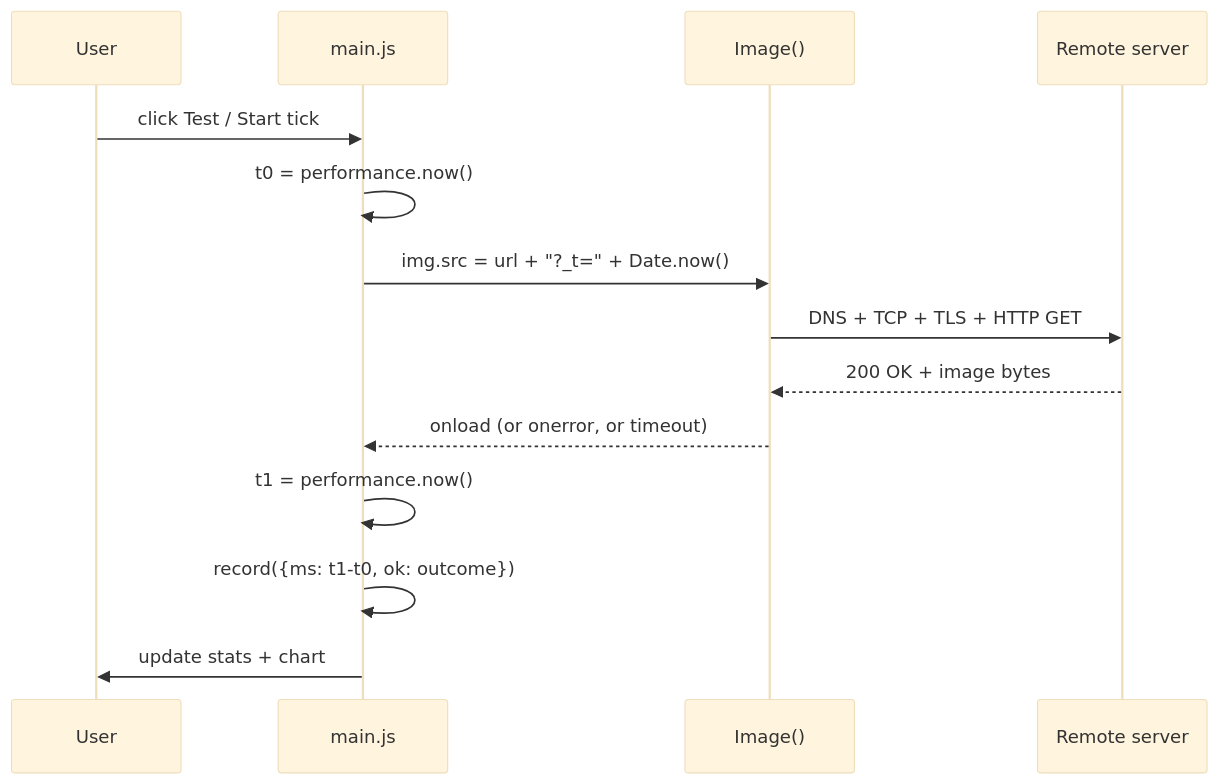
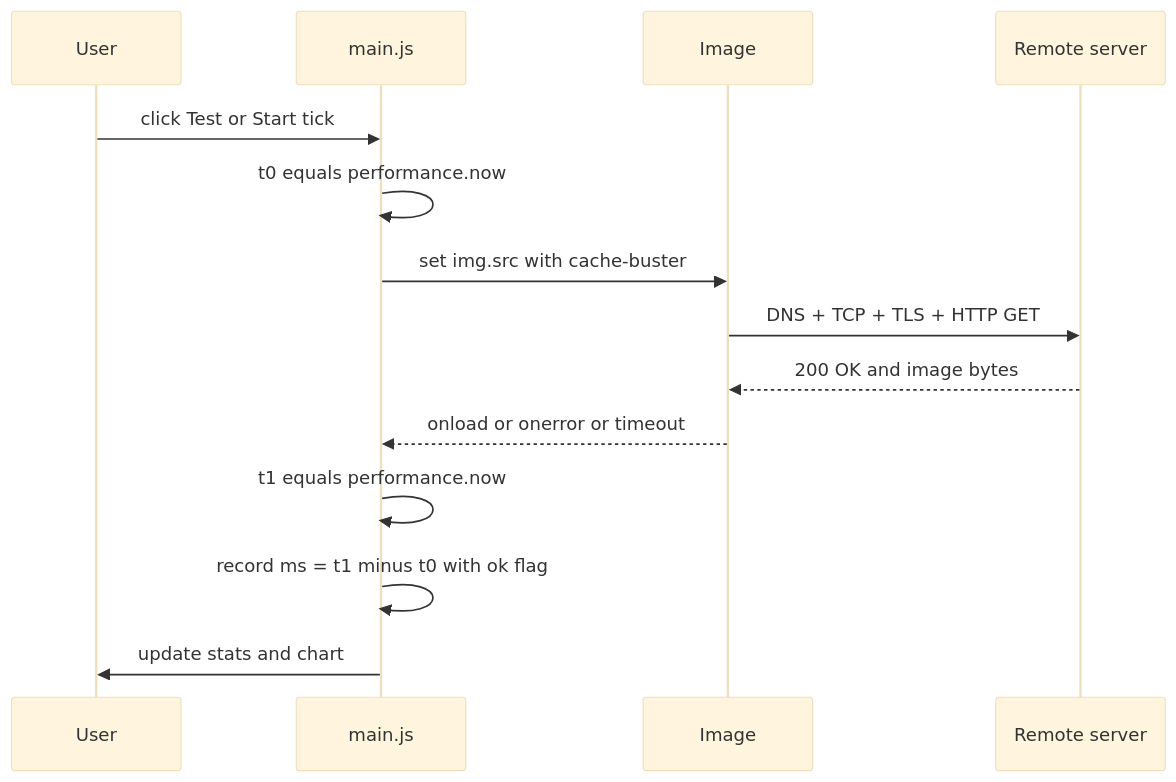
The first of 2 diagrams in README.md (DoTMob/IP_ping_2st_defi_v1), drawn with Mermaid (base theme) before and after one commit. The commit also changed other lines of this file, not shown here.

````diff
--- a/README.md
+++ b/README.md
@@ -97,17 +161,17 @@
 ```mermaid
 sequenceDiagram
     participant U as User
     participant M as main.js
-    participant I as Image()
+    participant I as Image
     participant S as Remote server
 
-    U->>M: click Test / Start tick
-    M->>M: t0 = performance.now()
-    M->>I: img.src = url + "?_t=" + Date.now()
+    U->>M: click Test or Start tick
+    M->>M: t0 equals performance.now
+    M->>I: set img.src with cache-buster
     I->>S: DNS + TCP + TLS + HTTP GET
-    S-->>I: 200 OK + image bytes
-    I-->>M: onload (or onerror, or timeout)
-    M->>M: t1 = performance.now()
-    M->>M: record({ms: t1-t0, ok: outcome})
-    M->>U: update stats + chart
+    S-->>I: 200 OK and image bytes
+    I-->>M: onload or onerror or timeout
+    M->>M: t1 equals performance.now
+    M->>M: record ms = t1 minus t0 with ok flag
+    M->>U: update stats and chart
 ```
````
